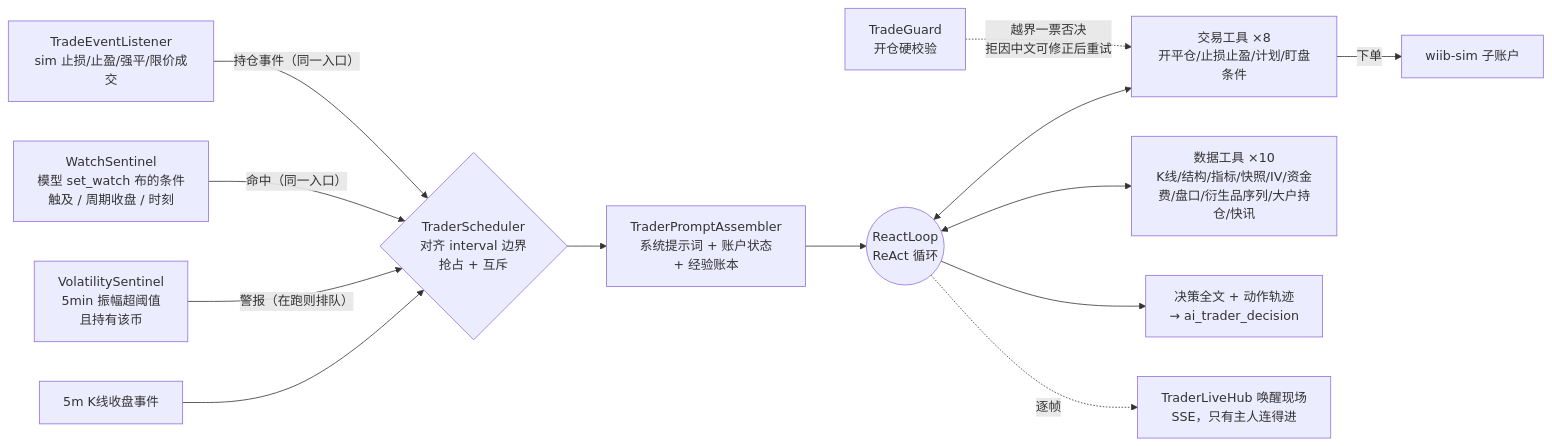
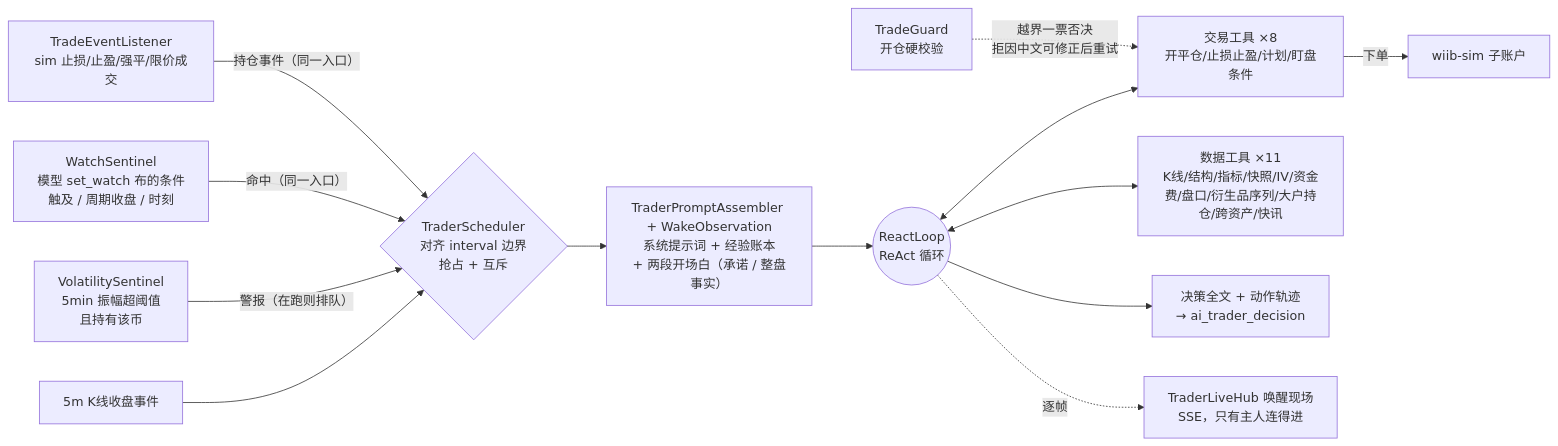
Before and after one commit to mamawai/wtfibought: the second of 5 diagrams in docs/agent-harness/architecture.md, drawn with Mermaid. The commit also changed other lines of this file and 29 other files, not shown here.

````diff
--- a/docs/agent-harness/architecture.md
+++ b/docs/agent-harness/architecture.md
@@ -50,15 +52,15 @@
 ```mermaid
 flowchart LR
     CLK["5m K线收盘事件"] --> SCH{"TraderScheduler<br/>对齐 interval 边界<br/>抢占 + 互斥"}
     SEN["VolatilitySentinel<br/>5min 振幅超阈值<br/>且持有该币"] -->|"警报（在跑则排队）"| SCH
     WAT["WatchSentinel<br/>模型 set_watch 布的条件<br/>触及 / 周期收盘 / 时刻"] -->|"命中（同一入口）"| SCH
     EVT["TradeEventListener<br/>sim 止损/止盈/强平/限价成交"] -->|"持仓事件（同一入口）"| SCH
-    SCH --> PA["TraderPromptAssembler<br/>系统提示词 + 账户状态<br/>+ 经验账本"]
+    SCH --> PA["TraderPromptAssembler + WakeObservation<br/>系统提示词 + 经验账本<br/>+ 两段开场白（承诺 / 整盘事实）"]
     PA --> RA(("ReactLoop<br/>ReAct 循环"))
     RA <--> T1["交易工具 ×8<br/>开平仓/止损止盈/计划/盯盘条件"]
-    RA <--> T2["数据工具 ×10<br/>K线/结构/指标/快照/IV/资金费/盘口/衍生品序列/大户持仓/快讯"]
+    RA <--> T2["数据工具 ×11<br/>K线/结构/指标/快照/IV/资金费/盘口/衍生品序列/大户持仓/跨资产/快讯"]
     RA --> OUT["决策全文 + 动作轨迹<br/>→ ai_trader_decision"]
     RA -.->|"逐帧"| HUB["TraderLiveHub 唤醒现场<br/>SSE，只有主人连得进"]
     GUARD["TradeGuard<br/>开仓硬校验"] -.->|"越界一票否决<br/>拒因中文可修正后重试"| T1
     T1 -->|"下单"| SIMX["wiib-sim 子账户"]
 ```
````
